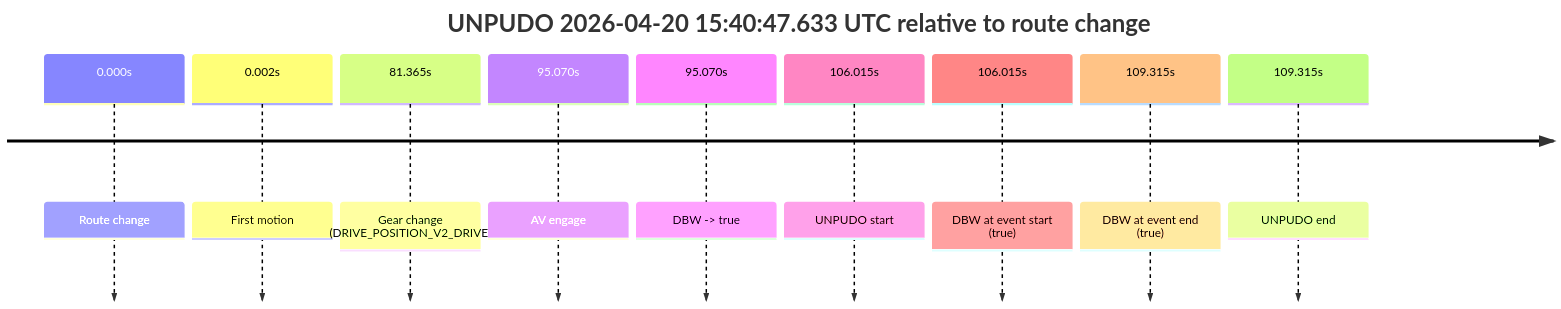
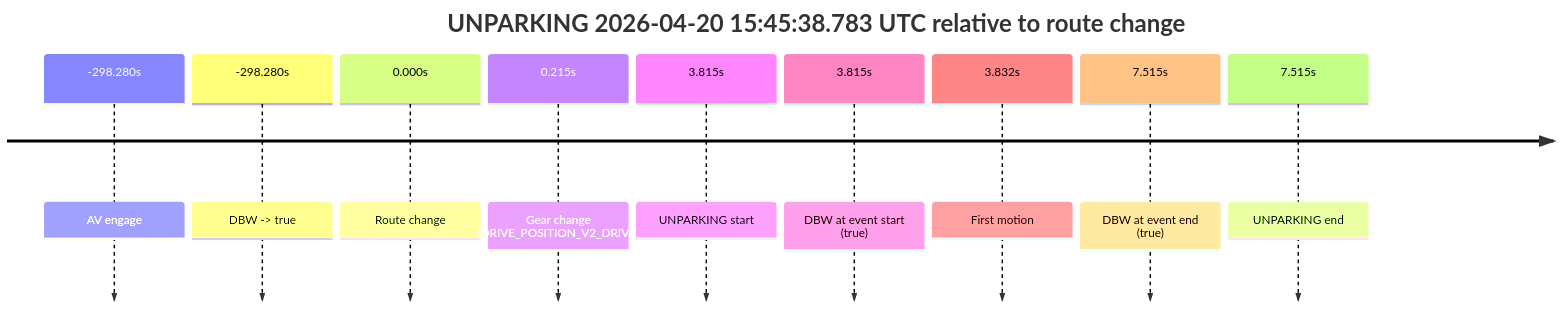
The ninth of 9 diagrams in model_analysis/report_cards/2026/04/Week-4/fme20038--2026-04-20--14-29-25--gen2-av-b8c3ecc9-d0ee-4a65-a4e6-e2fb1efde5f2.md (yoelshapiro/vault), drawn with Mermaid before and after one commit. The commit also changed other lines of this file and 2 other files, not shown here.

````diff
--- a/model_analysis/report_cards/2026/04/Week-4/fme20038--2026-04-20--14-29-25--gen2-av-b8c3ecc9-d0ee-4a65-a4e6-e2fb1efde5f2.md
+++ b/model_analysis/report_cards/2026/04/Week-4/fme20038--2026-04-20--14-29-25--gen2-av-b8c3ecc9-d0ee-4a65-a4e6-e2fb1efde5f2.md
@@ -509,13 +786,13 @@
 ```mermaid
 timeline
-    title UNPUDO 2026-04-20 15:40:47.633 UTC relative to route change
+    title UNPARKING 2026-04-20 15:45:38.783 UTC relative to route change
+    -298.280s : AV engage
+    -298.280s : DBW -> true
     0.000s : Route change
-    0.002s : First motion
-    81.365s : Gear change (DRIVE_POSITION_V2_DRIVE)
-    95.070s : AV engage
-    95.070s : DBW -> true
-    106.015s : UNPUDO start
-    106.015s : DBW at event start (true)
-    109.315s : DBW at event end (true)
-    109.315s : UNPUDO end
+    0.215s : Gear change (DRIVE_POSITION_V2_DRIVE)
+    3.815s : UNPARKING start
+    3.815s : DBW at event start (true)
+    3.832s : First motion
+    7.515s : DBW at event end (true)
+    7.515s : UNPARKING end
 ```
````
